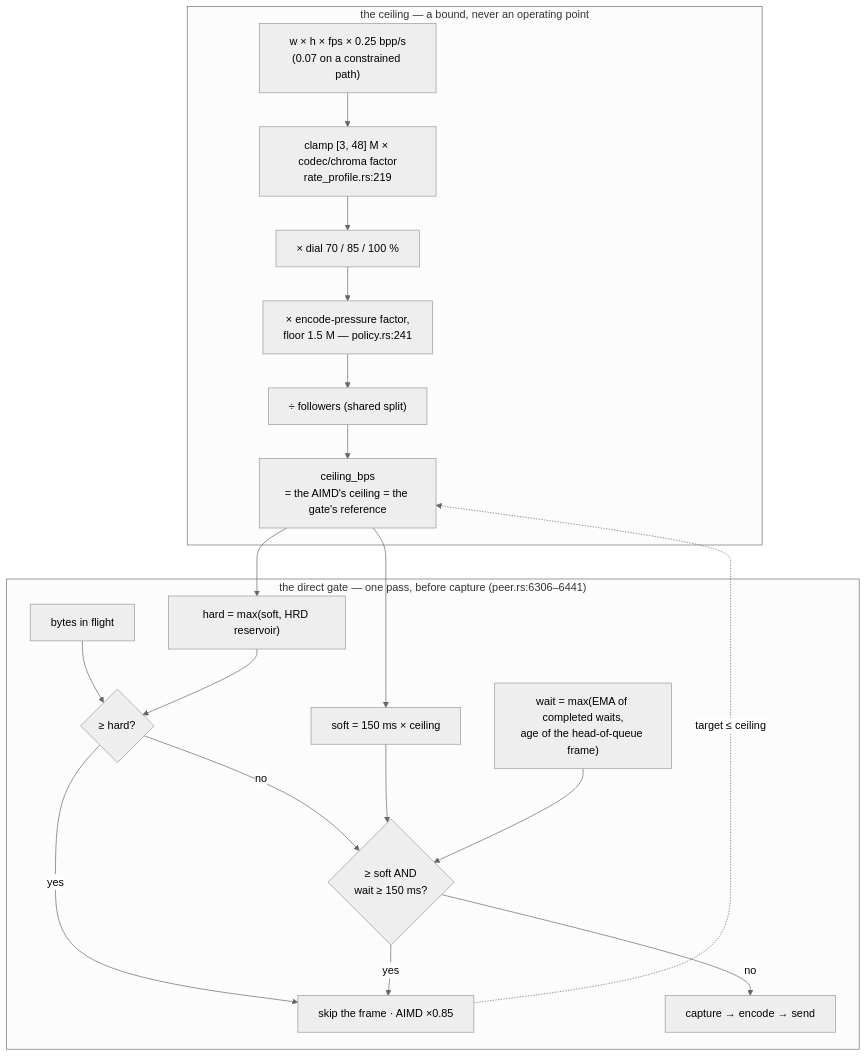
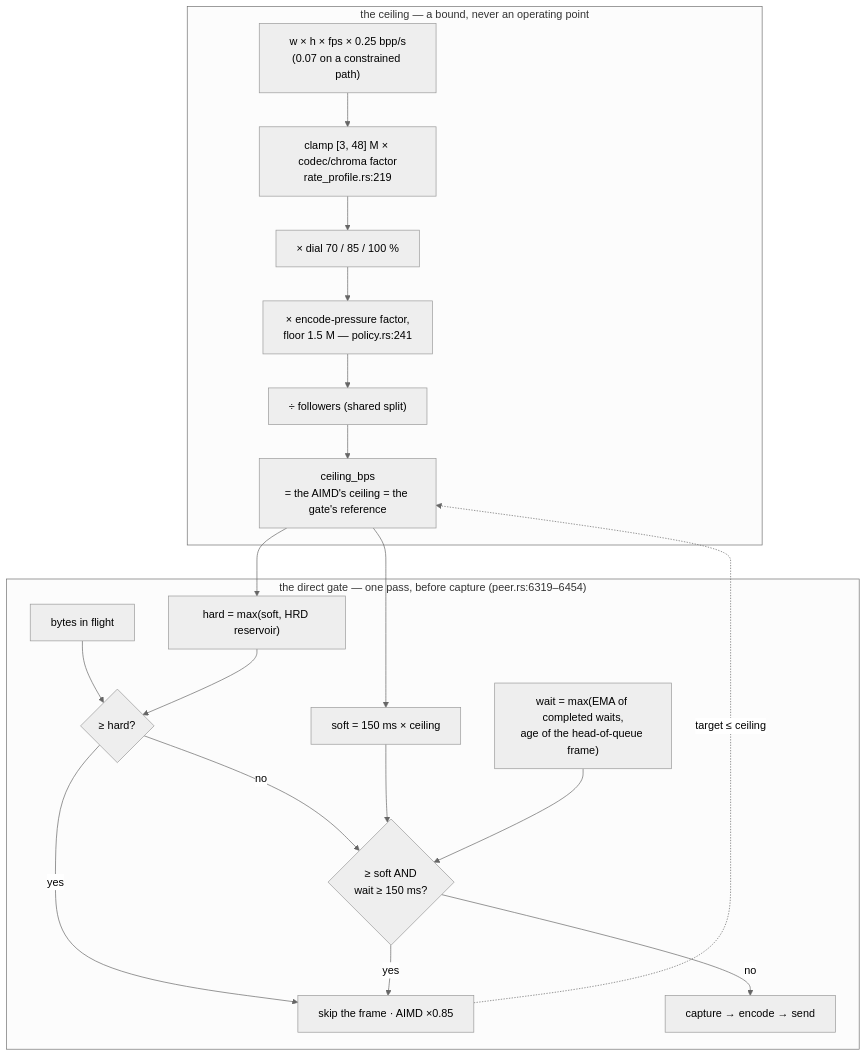
Before and after one commit to gjovanov/roomler-ai: the fifth of 10 diagrams in docs/rate-control.md, drawn with Mermaid (neutral theme). The commit also changed other lines of this file and 62 other files, not shown here.

````diff
--- a/docs/rate-control.md
+++ b/docs/rate-control.md
@@ -755,24 +755,24 @@
 ```mermaid
 flowchart TB
     subgraph ceiling["the ceiling — a bound, never an operating point"]
         G["w × h × fps × 0.25 bpp/s<br/>(0.07 on a constrained path)"] --> C["clamp [3, 48] M × codec/chroma factor<br/>rate_profile.rs:219"]
         C --> D["× dial 70 / 85 / 100 %"]
         D --> E["× encode-pressure factor,<br/>floor 1.5 M — policy.rs:241"]
         E --> S["÷ followers (shared split)"]
         S --> CEIL["ceiling_bps<br/>= the AIMD's ceiling = the gate's reference"]
     end
-    subgraph gate["the direct gate — one pass, before capture (peer.rs:6306–6441)"]
+    subgraph gate["the direct gate — one pass, before capture (peer.rs:6319–6454)"]
         CEIL --> SOFT["soft = 150 ms × ceiling"]
         CEIL --> HARD["hard = max(soft, HRD reservoir)"]
         W["wait = max(EMA of completed waits,<br/>age of the head-of-queue frame)"]
         Q["bytes in flight"] --> H{"≥ hard?"}
         HARD --> H
         H -- yes --> TRIP["skip the frame · AIMD ×0.85"]
         H -- no --> SQ{"≥ soft AND<br/>wait ≥ 150 ms?"}
         SOFT --> SQ
         W --> SQ
         SQ -- yes --> TRIP
         SQ -- no --> PASS["capture → encode → send"]
     end
     TRIP -.->|"target ≤ ceiling"| CEIL
 ```
````
